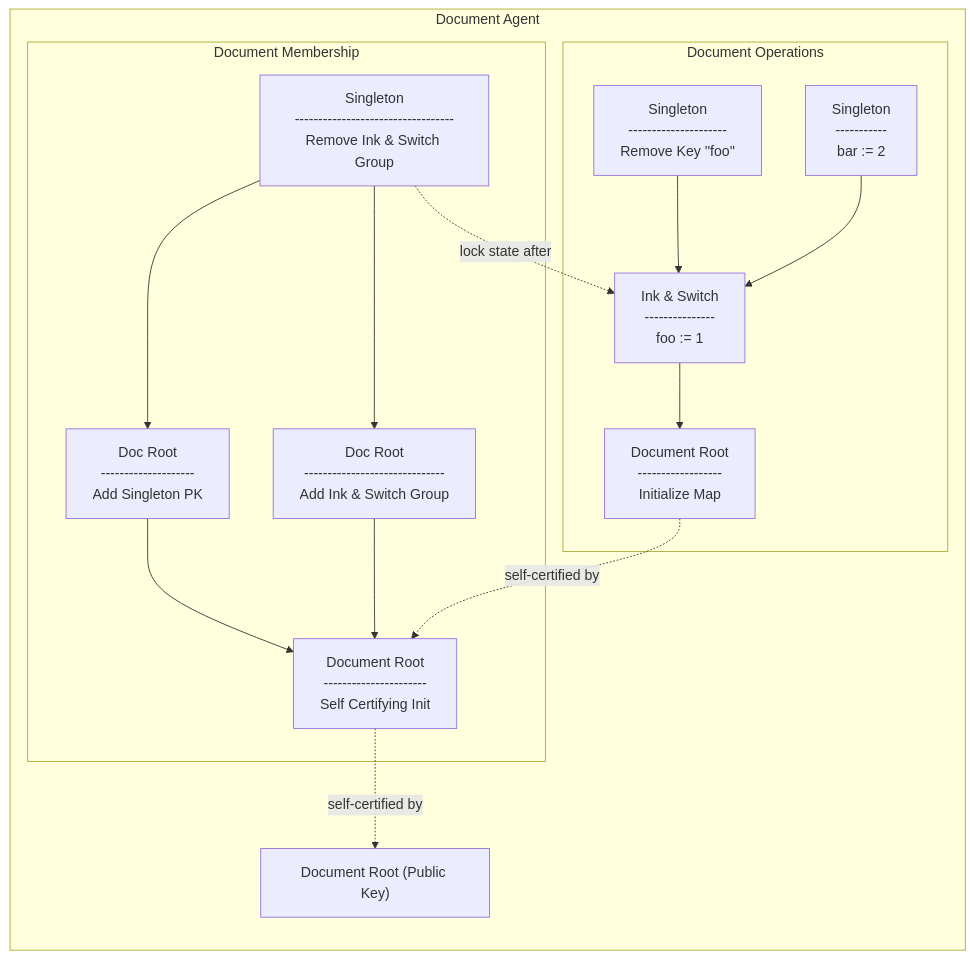
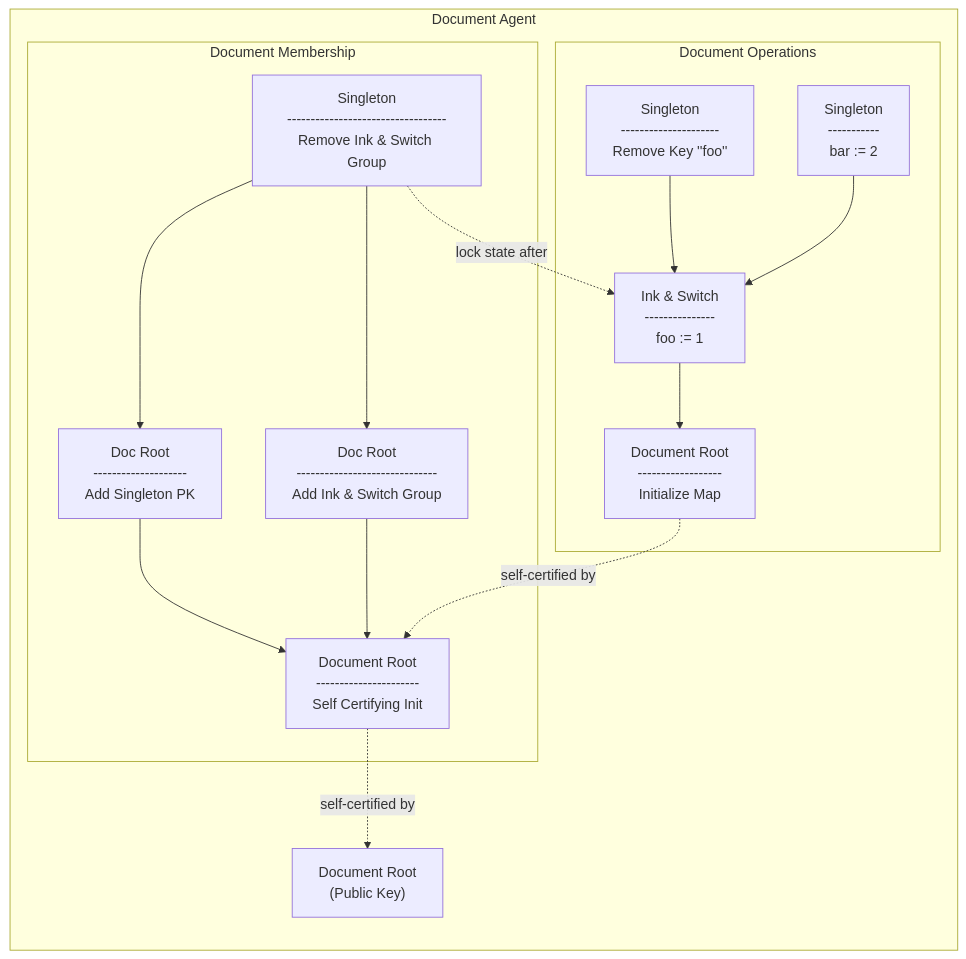
The fourth of 11 diagrams in design/group_membership.md (inkandswitch/keyhive), drawn with Mermaid before and after one commit. The commit also changed other lines of this file, not shown here.

Commit message:
add some <br> in mermaid to aid readability

````diff
--- a/design/group_membership.md
+++ b/design/group_membership.md
@@ -95,24 +95,24 @@
 ```mermaid
 flowchart TB
     subgraph DocumentAgent[Document Agent]
         direction TB
 
-        _docPK["Document Root (Public Key)"]
+        _docPK["Document Root<br>(Public Key)"]
 
         subgraph docGroup[Document Membership]
             docRootAddsSingleton["Doc Root<br>--------------------<br>Add Singleton PK"] --> docRoot[Document Root<br>----------------------<br>Self Certifying Init]
             docRootAddsAnotherGroup["Doc Root<br>------------------------------<br>Add Ink & Switch Group"] --> docRoot
             singetonRemovesAnotherGroup[Singleton<br>----------------------------------<br>Remove Ink & Switch Group] --> docRootAddsSingleton
             singetonRemovesAnotherGroup --> docRootAddsAnotherGroup
         end
 
         subgraph ops[Document Operations]
             addKeyFoo["Ink & Switch<br>---------------<br>foo := 1"] --> InitMap[Document Root<br>------------------<br>Initialize Map]
             removeKeyFoo["Singleton<br>---------------------<br>Remove Key ''foo''"] --> addKeyFoo
             addKeyBar["Singleton<br>-----------<br>bar := 2"] --> addKeyFoo
         end
     end
 
     singetonRemovesAnotherGroup -.->|lock state after| addKeyFoo
     InitMap -.->|self-certified by| docRoot -.->|self-certified by| _docPK
 ```
````
